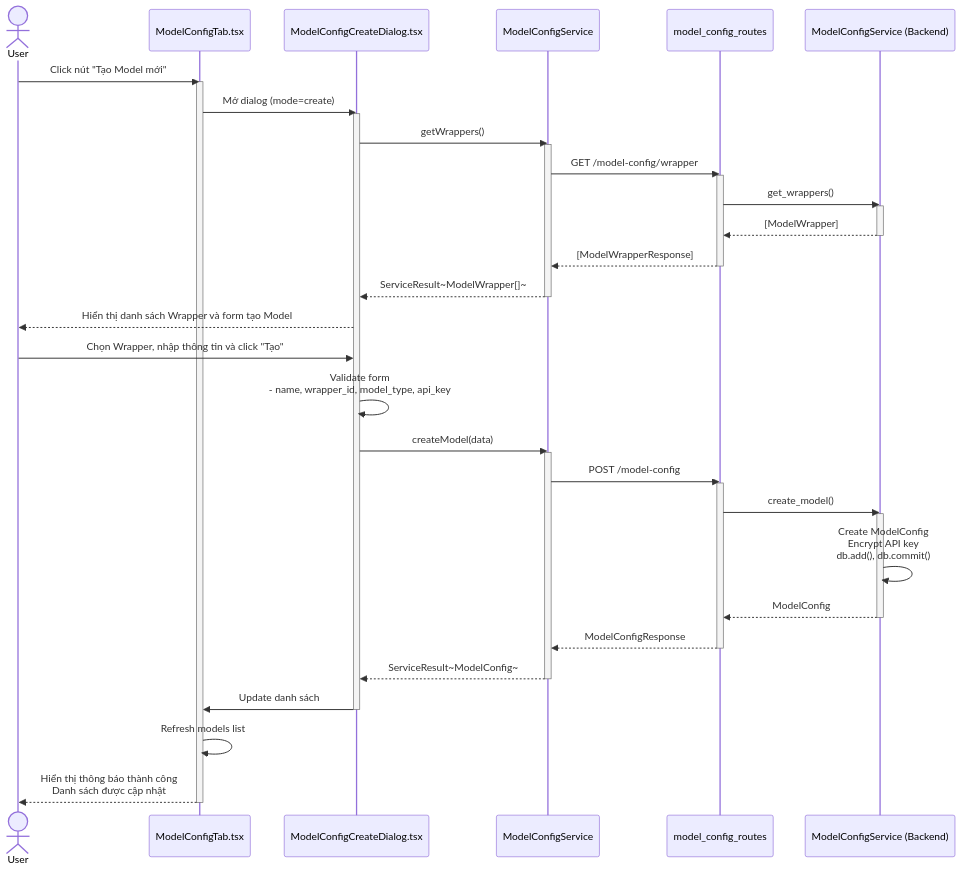
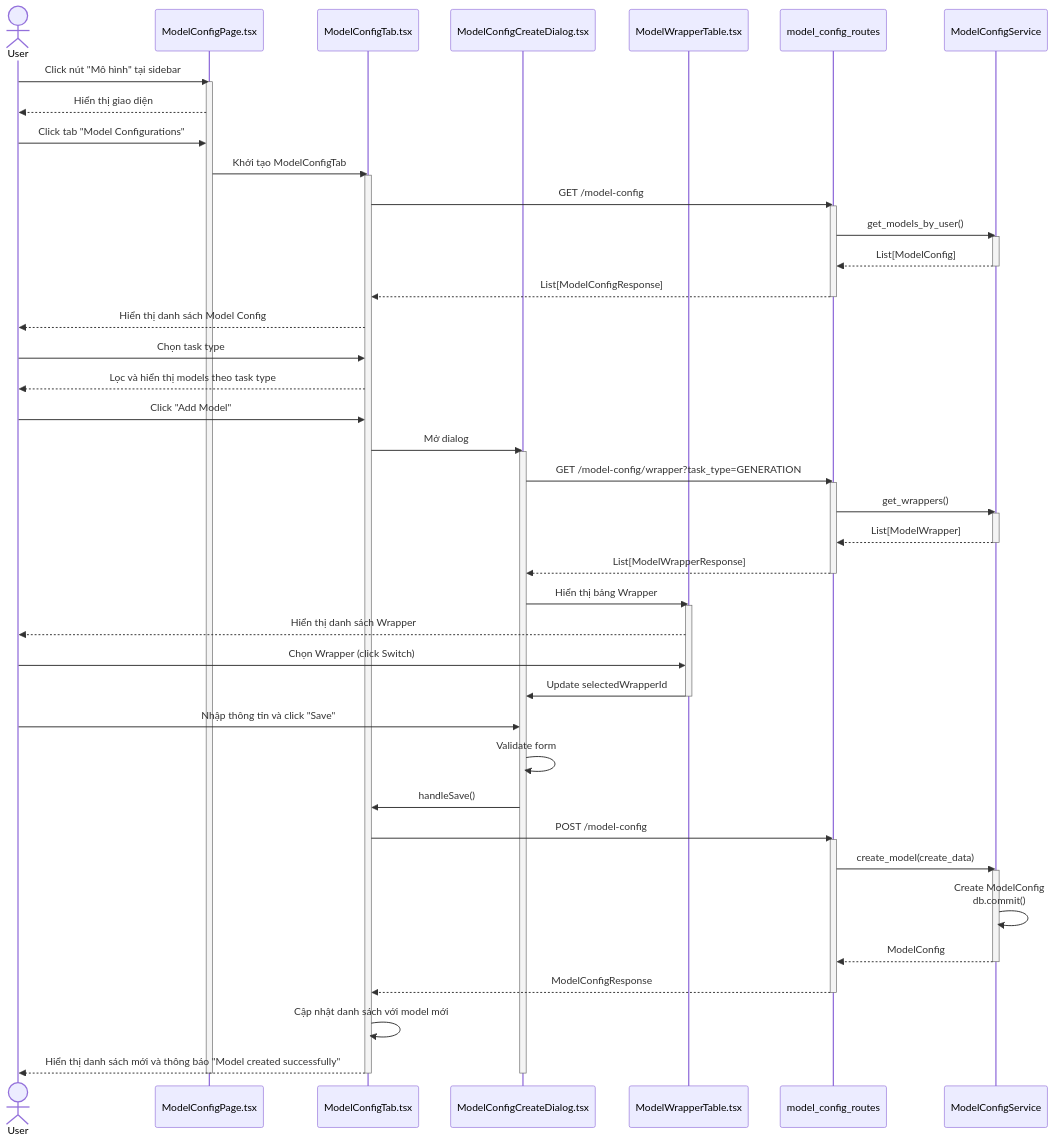
The second of 10 diagrams in model_config/4_model_config_seq.md (mduc-2610/gp_doc), drawn with Mermaid before and after one commit. The commit also changed other lines of this file and 12 other files, not shown here.

Commit message:
refactor scenario and sequence

````diff
--- a/model_config/4_model_config_seq.md
+++ b/model_config/4_model_config_seq.md
@@ -45,61 +43,76 @@
 ```mermaid
 sequenceDiagram
     actor User
+    participant ModelConfigPage as ModelConfigPage.tsx
     participant ModelConfigTab as ModelConfigTab.tsx
     participant ModelConfigCreateDialog as ModelConfigCreateDialog.tsx
+    participant ModelWrapperTable as ModelWrapperTable.tsx
+    participant ModelConfigRoutes as model_config_routes
     participant ModelConfigService as ModelConfigService
-    participant ModelConfigRoutes as model_config_routes
-    participant ModelConfigBackendService as ModelConfigService (Backend)
 
-    User->>ModelConfigTab: Click nút "Tạo Model mới"
+    User->>ModelConfigPage: Click nút "Mô hình" tại sidebar
+    activate ModelConfigPage
+    ModelConfigPage-->>User: Hiển thị giao diện
+    
+    User->>ModelConfigPage: Click tab "Model Configurations"
+    ModelConfigPage->>ModelConfigTab: Khởi tạo ModelConfigTab
     activate ModelConfigTab
     
-    ModelConfigTab->>ModelConfigCreateDialog: Mở dialog (mode=create)
+    ModelConfigTab->>ModelConfigRoutes: GET /model-config
+    activate ModelConfigRoutes
+    ModelConfigRoutes->>ModelConfigService: get_models_by_user()
+    activate ModelConfigService
+    ModelConfigService-->>ModelConfigRoutes: List[ModelConfig]
+    deactivate ModelConfigService
+    ModelConfigRoutes-->>ModelConfigTab: List[ModelConfigResponse]
+    deactivate ModelConfigRoutes
+    
+    ModelConfigTab-->>User: Hiển thị danh sách Model Config
+    
+    User->>ModelConfigTab: Chọn task type
+    ModelConfigTab-->>User: Lọc và hiển thị models theo task type
+    
+    User->>ModelConfigTab: Click "Add Model"
+    ModelConfigTab->>ModelConfigCreateDialog: Mở dialog
     activate ModelConfigCreateDialog
     
-    ModelConfigCreateDialog->>ModelConfigService: getWrappers()
+    ModelConfigCreateDialog->>ModelConfigRoutes: GET /model-config/wrapper?task_type=GENERATION
+    activate ModelConfigRoutes
+    ModelConfigRoutes->>ModelConfigService: get_wrappers()
     activate ModelConfigService
-    ModelConfigService->>ModelConfigRoutes: GET /model-config/wrapper
+    ModelConfigService-->>ModelConfigRoutes: List[ModelWrapper]
+    deactivate ModelConfigService
+    ModelConfigRoutes-->>ModelConfigCreateDialog: List[ModelWrapperResponse]
+    deactivate ModelConfigRoutes
+    
+    ModelConfigCreateDialog->>ModelWrapperTable: Hiển thị bảng Wrapper
+    activate ModelWrapperTable
+    ModelWrapperTable-->>User: Hiển thị danh sách Wrapper
+    
+    User->>ModelWrapperTable: Chọn Wrapper (click Switch)
+    ModelWrapperTable->>ModelConfigCreateDialog: Update selectedWrapperId
+    deactivate ModelWrapperTable
+    
+    User->>ModelConfigCreateDialog: Nhập thông tin và click "Save"
+    ModelConfigCreateDialog->>ModelConfigCreateDialog: Validate form
+    ModelConfigCreateDialog->>ModelConfigTab: handleSave()
+    
+    ModelConfigTab->>ModelConfigRoutes: POST /model-config
     activate ModelConfigRoutes
-    ModelConfigRoutes->>ModelConfigBackendService: get_wrappers()
-    activate ModelConfigBackendService
-    ModelConfigBackendService-->>ModelConfigRoutes: [ModelWrapper]
-    deactivate ModelConfigBackendService
-    ModelConfigRoutes-->>ModelConfigService: [ModelWrapperResponse]
-    deactivate ModelConfigRoutes
-    ModelConfigService-->>ModelConfigCreateDialog: ServiceResult~ModelWrapper[]~
-    deactivate ModelConfigService
-    
-    ModelConfigCreateDialog-->>User: Hiển thị danh sách Wrapper và form tạo Model
-    
-    User->>ModelConfigCreateDialog: Chọn Wrapper, nhập thông tin và click "Tạo"
-    
-    ModelConfigCreateDialog->>ModelConfigCreateDialog: Validate form<br/>- name, wrapper_id, model_type, api_key
-    
-    ModelConfigCreateDialog->>ModelConfigService: createModel(data)
+    ModelConfigRoutes->>ModelConfigService: create_model(create_data)
     activate ModelConfigService
     
-    ModelConfigService->>ModelConfigRoutes: POST /model-config
-    activate ModelConfigRoutes
+    ModelConfigService->>ModelConfigService: Create ModelConfig<br/>db.commit()
     
-    ModelConfigRoutes->>ModelConfigBackendService: create_model()
-    activate ModelConfigBackendService
-    
-    ModelConfigBackendService->>ModelConfigBackendService: Create ModelConfig<br/>Encrypt API key<br/>db.add(), db.commit()
-    
-    ModelConfigBackendService-->>ModelConfigRoutes: ModelConfig
-    deactivate ModelConfigBackendService
-    
-    ModelConfigRoutes-->>ModelConfigService: ModelConfigResponse
+    ModelConfigService-->>ModelConfigRoutes: ModelConfig
+    deactivate ModelConfigService
+    ModelConfigRoutes-->>ModelConfigTab: ModelConfigResponse
     deactivate ModelConfigRoutes
     
-    ModelConfigService-->>ModelConfigCreateDialog: ServiceResult~ModelConfig~
-    deactivate ModelConfigService
+    ModelConfigTab->>ModelConfigTab: Cập nhật danh sách với model mới
+    ModelConfigTab-->>User: Hiển thị danh sách mới và thông báo "Model created successfully"
     
-    ModelConfigCreateDialog->>ModelConfigTab: Update danh sách
     deactivate ModelConfigCreateDialog
-    
-    ModelConfigTab->>ModelConfigTab: Refresh models list
-    ModelConfigTab-->>User: Hiển thị thông báo thành công<br/>Danh sách được cập nhật
     deactivate ModelConfigTab
+    deactivate ModelConfigPage
 ```
````
